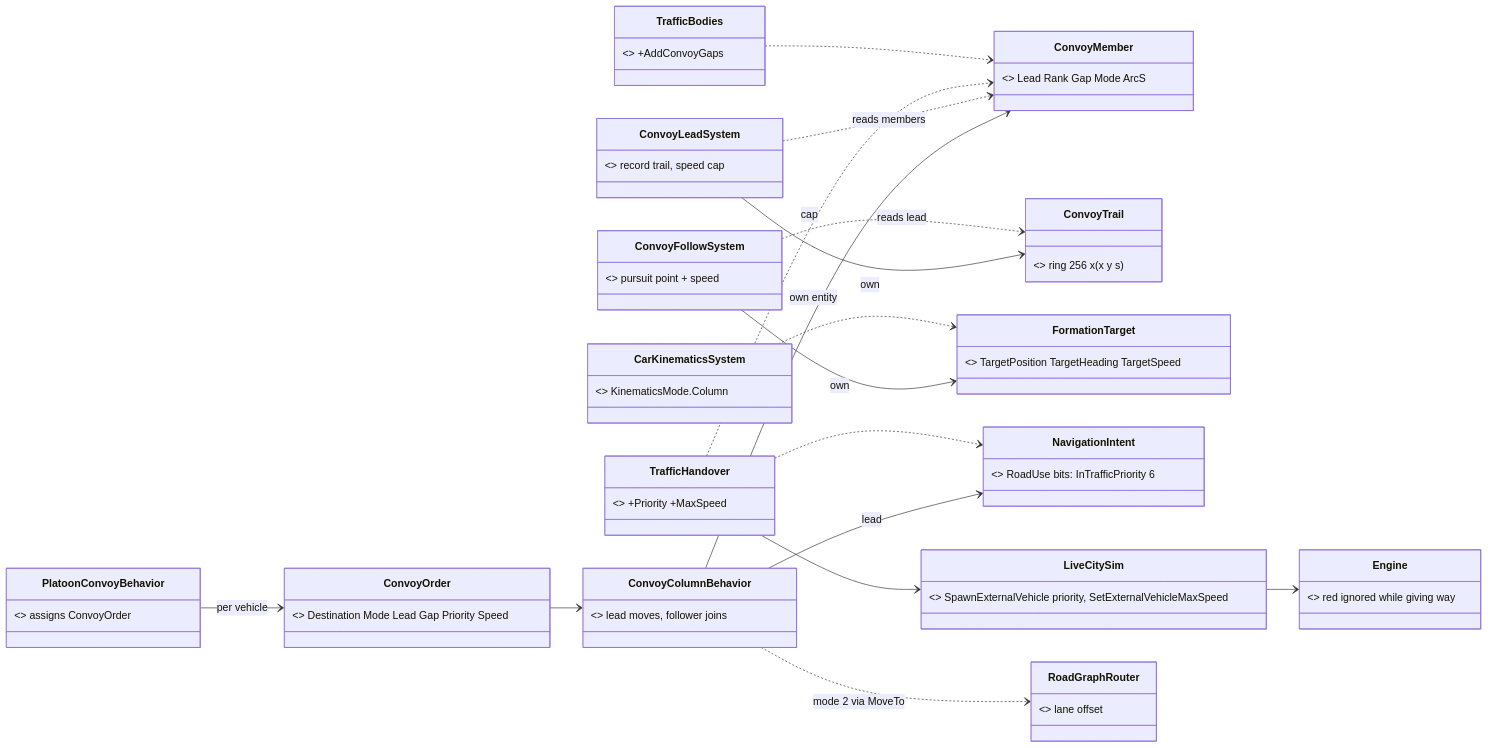
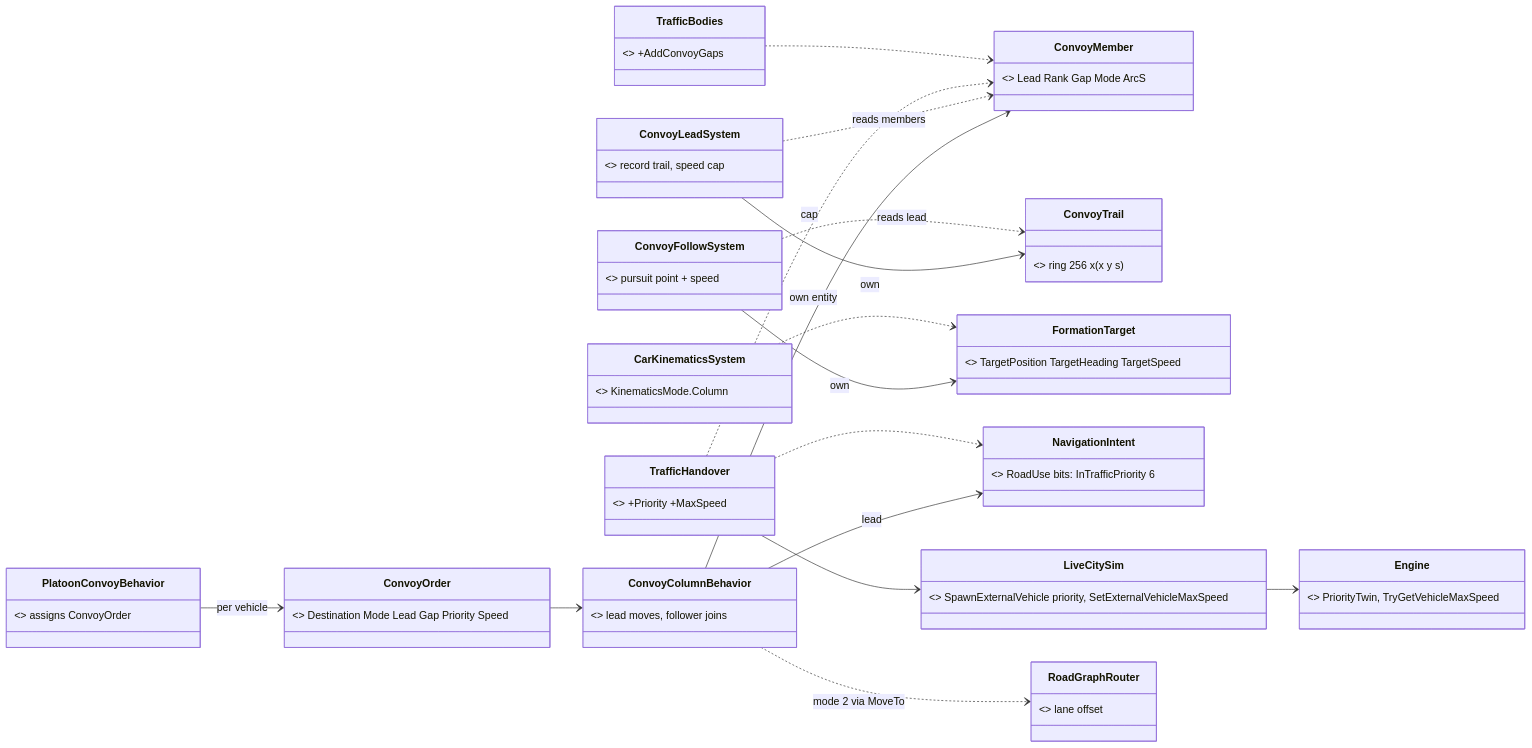
Before and after one commit to pjanec/HROT: the first of 4 diagrams in docs/designs/vehicle-tactics/DESIGN_Road_Convoy.md, drawn with Mermaid. The commit also changed other lines of this file and 9 other files, not shown here.

First line of the commit message:
convoy: the SumoSharp change rewritten as H17 — purely additive (user: the safe way)

````diff
--- a/docs/designs/vehicle-tactics/DESIGN_Road_Convoy.md
+++ b/docs/designs/vehicle-tactics/DESIGN_Road_Convoy.md
@@ -95,34 +95,34 @@
 ```mermaid
 classDiagram
   direction LR
   class ConvoyOrder { <<NEW DTO>> Destination Mode Lead Gap Priority Speed }
   class ConvoyColumnBehavior { <<NEW behaviour, per vehicle>> lead moves, follower joins }
   class ConvoyMember { <<NEW comp 108, wire 198>> Lead Rank Gap Mode ArcS }
   class ConvoyTrail { <<NEW comp 109, local, recorded>> ring 256 x (x y s) }
   class ConvoyLeadSystem { <<NEW Simulation, per lead>> record trail, speed cap }
   class ConvoyFollowSystem { <<NEW Simulation, per follower>> pursuit point + speed }
   class FormationTarget { <<existing>> TargetPosition TargetHeading TargetSpeed }
   class CarKinematicsSystem { <<existing, grows>> KinematicsMode.Column }
   class NavigationIntent { <<existing>> RoadUse bits: InTrafficPriority 6 }
   class TrafficHandover { <<existing, grows>> +Priority +MaxSpeed }
   class TrafficBodies { <<existing, grows>> +AddConvoyGaps }
-  class LiveCitySim { <<SumoSharp, grows H14>> SpawnExternalVehicle priority, SetExternalVehicleMaxSpeed }
-  class Engine { <<SumoSharp, grows H14>> red ignored while giving way }
+  class LiveCitySim { <<SumoSharp, grows H17>> SpawnExternalVehicle priority, SetExternalVehicleMaxSpeed }
+  class Engine { <<SumoSharp, grows H17>> PriorityTwin, TryGetVehicleMaxSpeed }
   class PlatoonConvoyBehavior { <<existing, grows>> assigns ConvoyOrder }
   class RoadGraphRouter { <<existing, grows>> lane offset }
   ConvoyOrder --> ConvoyColumnBehavior
   PlatoonConvoyBehavior --> ConvoyOrder : per vehicle
   ConvoyColumnBehavior --> ConvoyMember : own entity
   ConvoyColumnBehavior --> NavigationIntent : lead
   ConvoyLeadSystem --> ConvoyTrail : own
   ConvoyLeadSystem ..> ConvoyMember : reads members
   ConvoyFollowSystem ..> ConvoyTrail : reads lead
   ConvoyFollowSystem --> FormationTarget : own
   CarKinematicsSystem ..> FormationTarget
   TrafficHandover ..> NavigationIntent
   TrafficHandover ..> ConvoyMember : cap
   TrafficHandover --> LiveCitySim
   TrafficBodies ..> ConvoyMember
   LiveCitySim --> Engine
   ConvoyColumnBehavior ..> RoadGraphRouter : mode 2 via MoveTo
 ```
````
